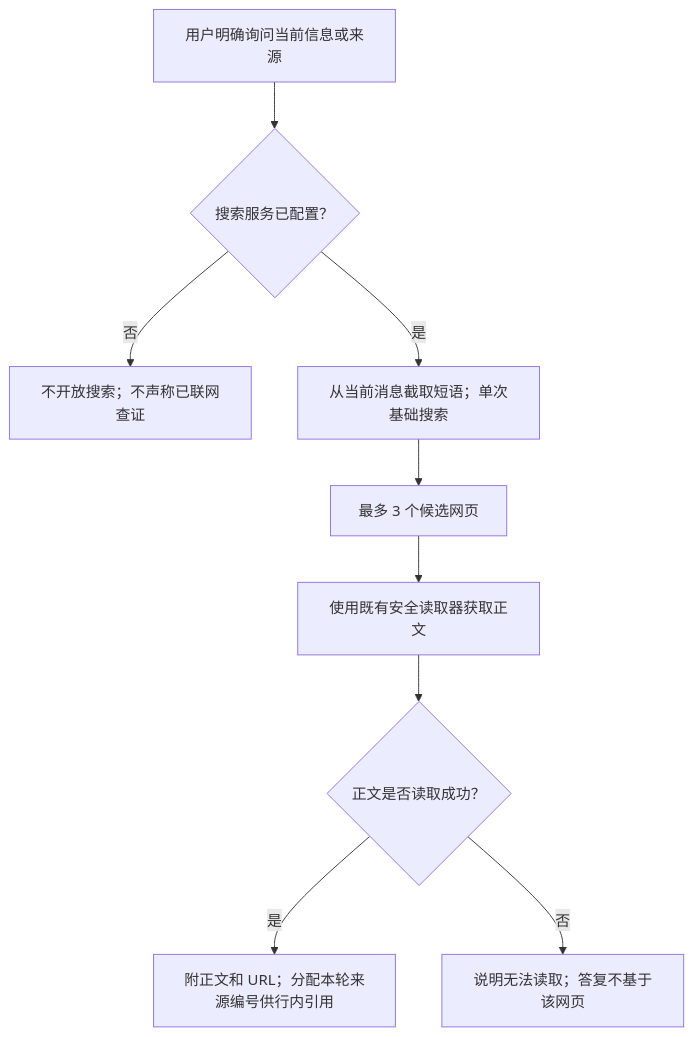
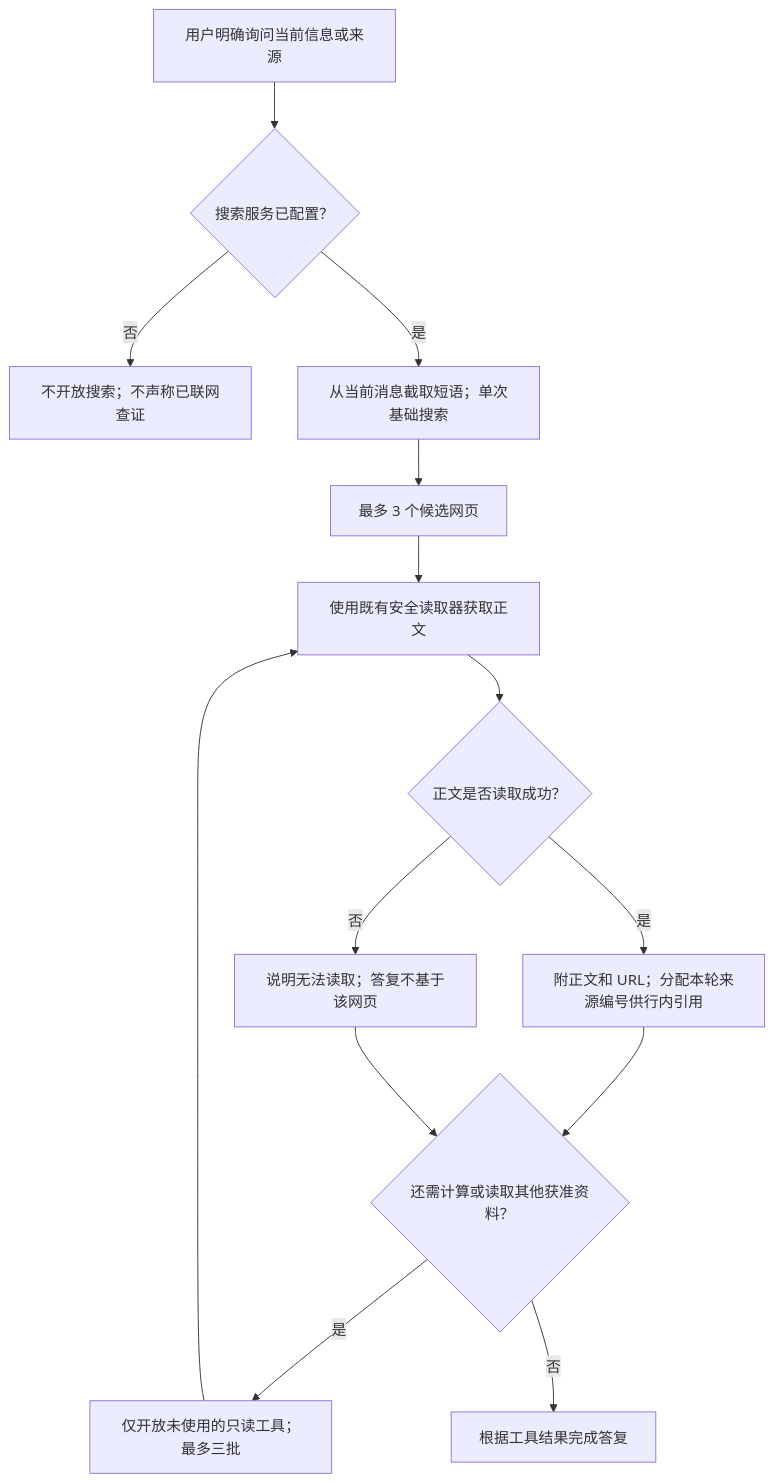
One commit to Noema-Harness/noema-agent changed the sixth of 6 diagrams in docs/design/noema-core-flows.md. Above: the diagram before and after it, drawn with Mermaid. The commit also changed other lines of this file and 3 other files, not shown here.

````diff
--- a/docs/design/noema-core-flows.md
+++ b/docs/design/noema-core-flows.md
@@ -202,11 +202,16 @@
 ```mermaid
 flowchart TD
     ASK[用户明确询问当前信息或来源] --> READY{搜索服务已配置？}
     READY -- 否 --> UNAVAILABLE[不开放搜索；不声称已联网查证]
     READY -- 是 --> QUERY[从当前消息截取短语；单次基础搜索]
     QUERY --> CANDIDATES[最多 3 个候选网页]
     CANDIDATES --> FETCH[使用既有安全读取器获取正文]
     FETCH --> READ{正文是否读取成功？}
     READ -- 是 --> ATTACH[附正文和 URL；分配本轮来源编号供行内引用]
+    ATTACH --> NEXT{还需计算或读取其他获准资料？}
+    NEXT -- 是 --> MORE[仅开放未使用的只读工具；最多三批]
+    MORE --> FETCH
+    NEXT -- 否 --> ANSWER[根据工具结果完成答复]
     READ -- 否 --> FAIL[说明无法读取；答复不基于该网页]
+    FAIL --> NEXT
 ```
````
